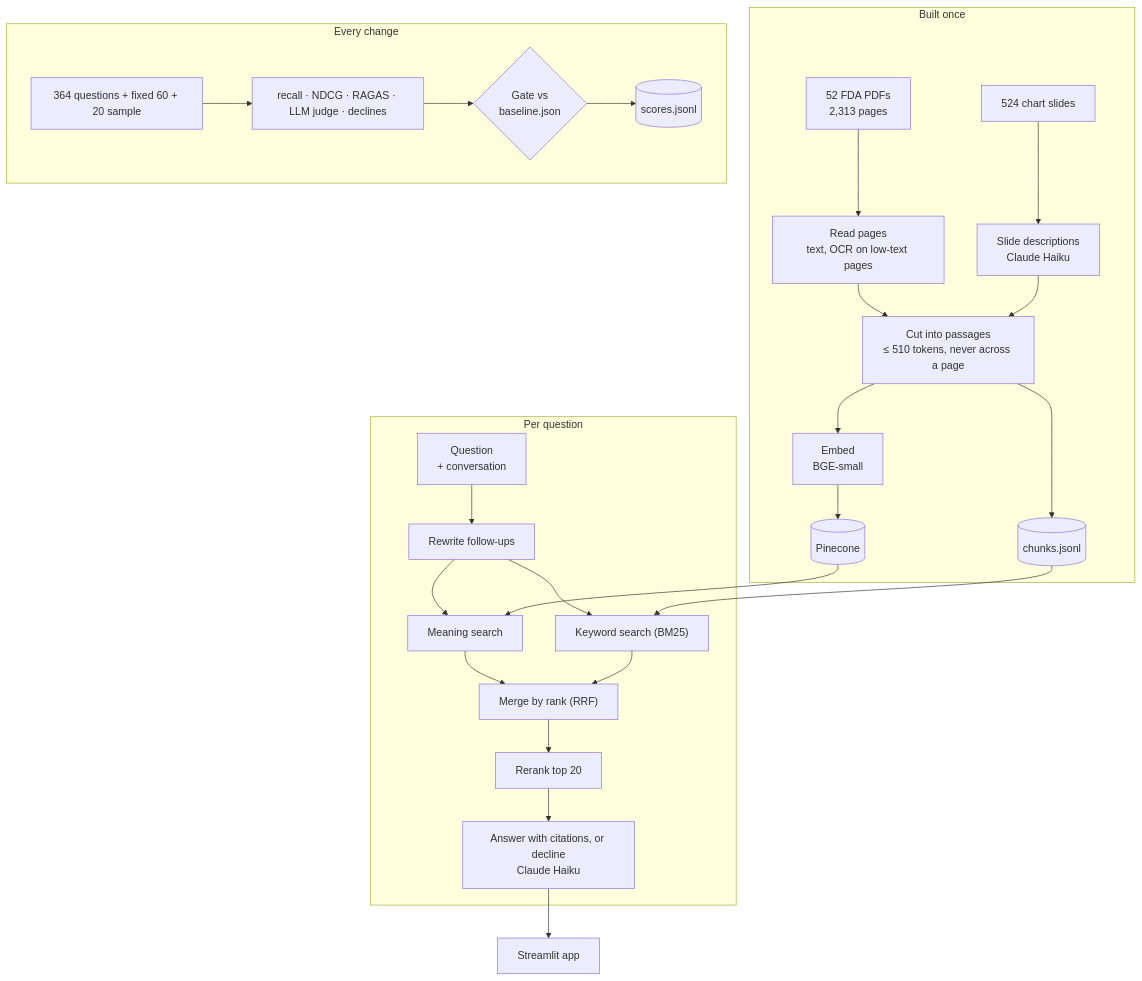
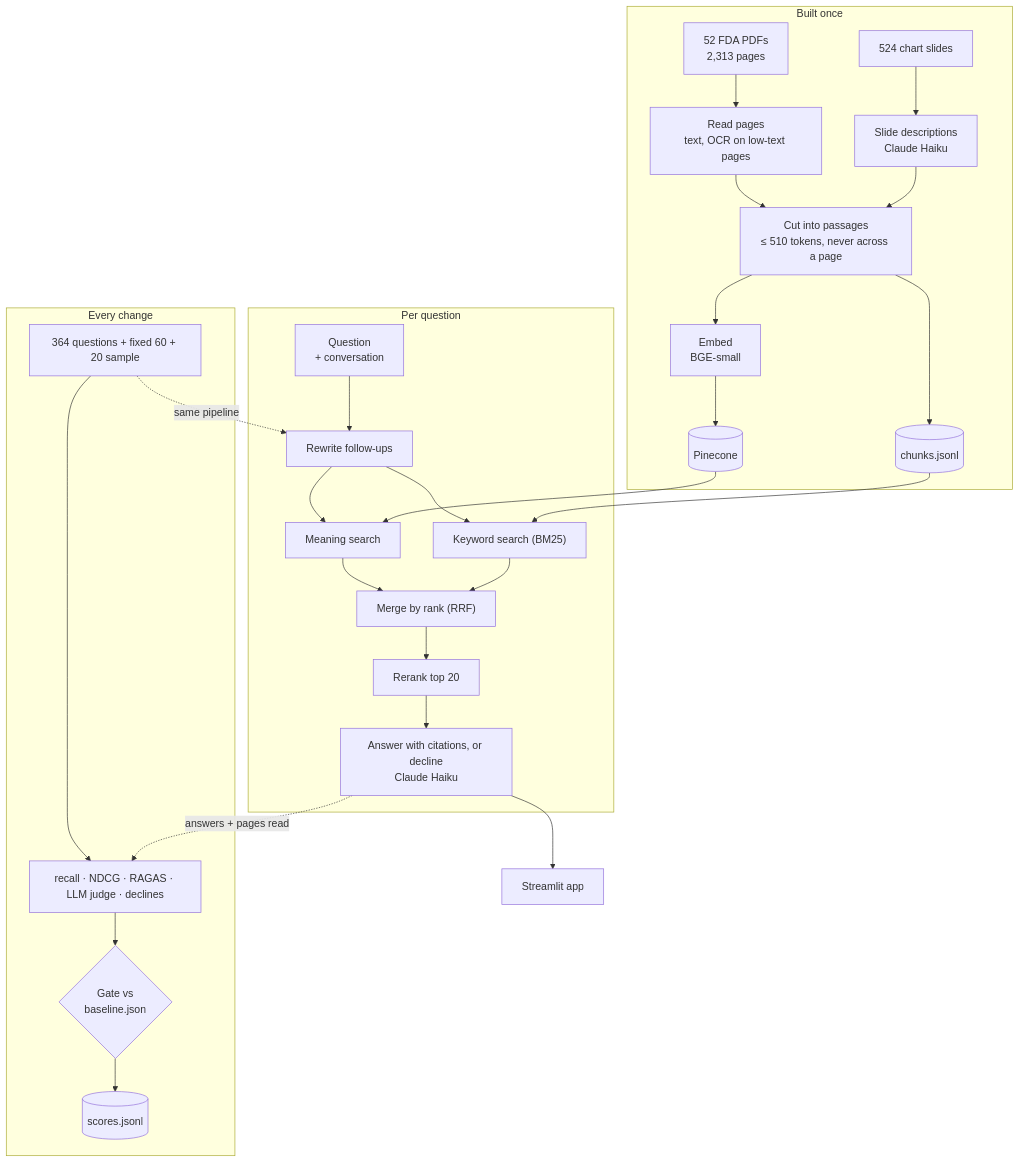
Before and after one commit to raguram-3398/Multimodal-RAG-Engine: the diagram in README.md, drawn with Mermaid.

Commit message:
docs: move architecture up after the live demo, link the eval gate to the main flow

````diff
--- a/README.md
+++ b/README.md
@@ -122,29 +19,31 @@
 ```mermaid
 flowchart TB
   subgraph OFFLINE["Built once"]
     PDF["52 FDA PDFs<br/>2,313 pages"] --> LOAD["Read pages<br/>text, OCR on low-text pages"]
     LOAD --> CHUNK["Cut into passages<br/>≤ 510 tokens, never across a page"]
     SLIDES["524 chart slides"] --> VIS["Slide descriptions<br/>Claude Haiku"]
     VIS --> CHUNK
     CHUNK --> EMB["Embed<br/>BGE-small"]
     EMB --> PC[("Pinecone")]
     CHUNK --> CF[("chunks.jsonl")]
   end
   subgraph ONLINE["Per question"]
     Q["Question<br/>+ conversation"] --> RW["Rewrite follow-ups"]
     RW --> VEC["Meaning search"]
     RW --> BM["Keyword search (BM25)"]
     PC --> VEC
     CF --> BM
     VEC --> RRF["Merge by rank (RRF)"]
     BM --> RRF
     RRF --> RR["Rerank top 20"]
     RR --> ANS["Answer with citations, or decline<br/>Claude Haiku"]
   end
   subgraph EVAL["Every change"]
     GS["364 questions + fixed 60 + 20 sample"] --> MET["recall · NDCG · RAGAS · LLM judge · declines"]
     MET --> GATE{"Gate vs<br/>baseline.json"}
     GATE --> LOG[("scores.jsonl")]
   end
   ANS --> UI["Streamlit app"]
+  GS -.->|same pipeline| RW
+  ANS -.->|answers + pages read| MET
 ```
````
